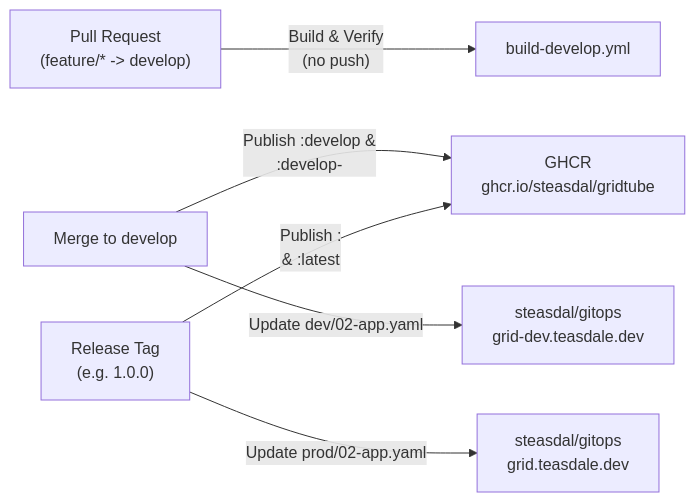
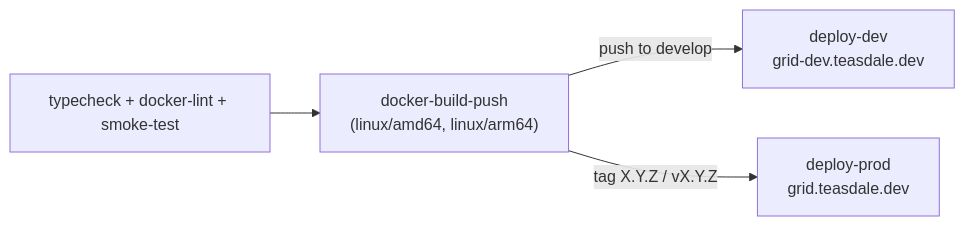
Before and after one commit to steasdal/gridtube: the diagram in README.md, drawn with Mermaid. The commit also changed other lines of this file and 48 other files, not shown here.

````diff
--- a/README.md
+++ b/README.md
@@ -43,8 +107,6 @@
 ```mermaid
 flowchart LR
-    PR["Pull Request\n(feature/* -> develop)"] -->|"Build & Verify\n(no push)"| DevWF["build-develop.yml"]
-    DevPush["Merge to develop"] -->|"Publish :develop &\n:develop-<sha>"| GHCR["GHCR\nghcr.io/steasdal/gridtube"]
-    DevPush -->|"Update dev/02-app.yaml"| GitOpsDev["steasdal/gitops\ngrid-dev.teasdale.dev"]
-    RelTag["Release Tag\n(e.g. 1.0.0)"] -->|"Publish :<version>\n& :latest"| GHCR
-    RelTag -->|"Update prod/02-app.yaml"| GitOpsProd["steasdal/gitops\ngrid.teasdale.dev"]
+    Checks["typecheck + docker-lint + smoke-test"] --> Build["docker-build-push\n(linux/amd64, linux/arm64)"]
+    Build -->|"push to develop"| Dev["deploy-dev\ngrid-dev.teasdale.dev"]
+    Build -->|"tag X.Y.Z / vX.Y.Z"| Prod["deploy-prod\ngrid.teasdale.dev"]
 ```
````
